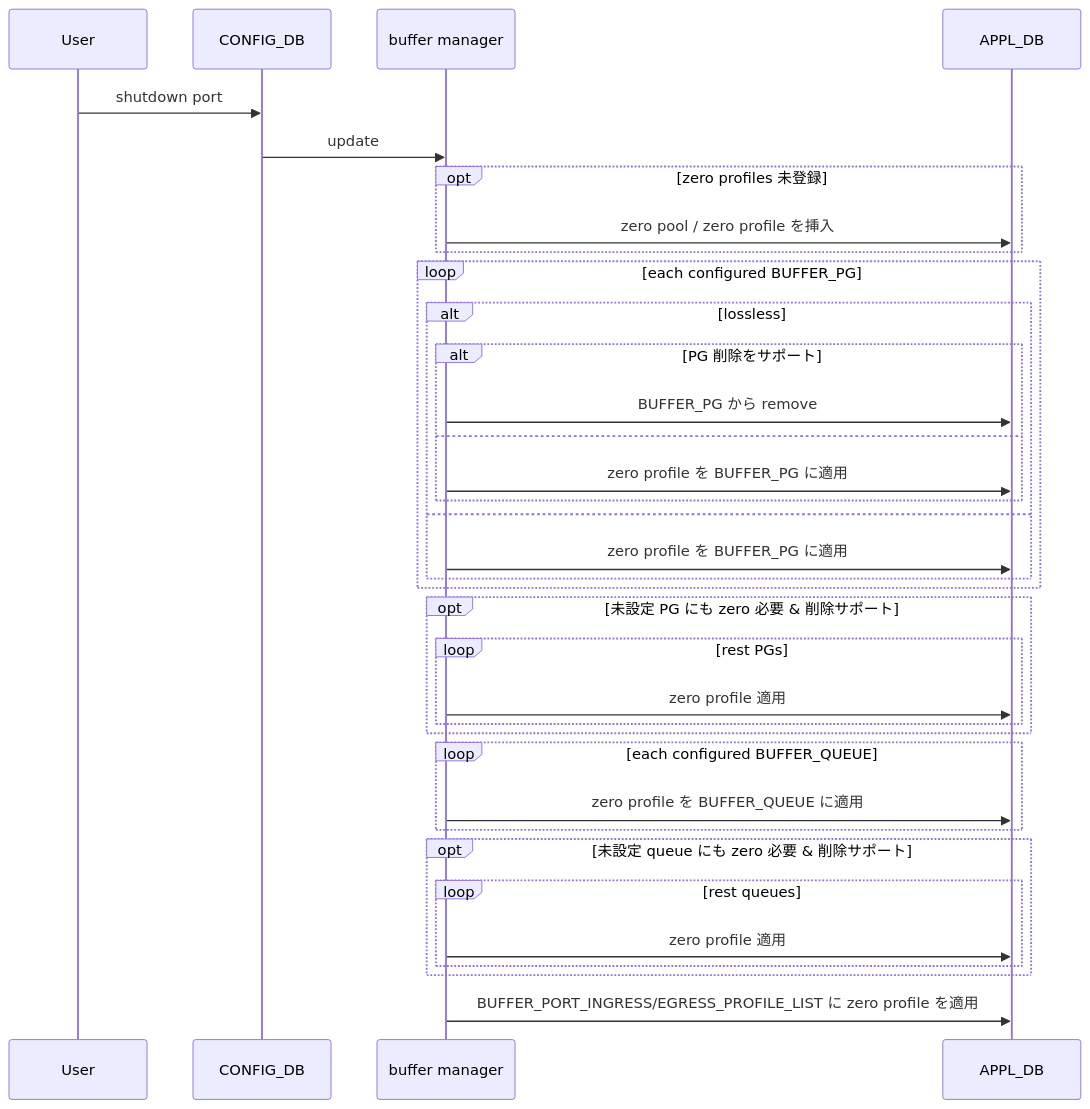
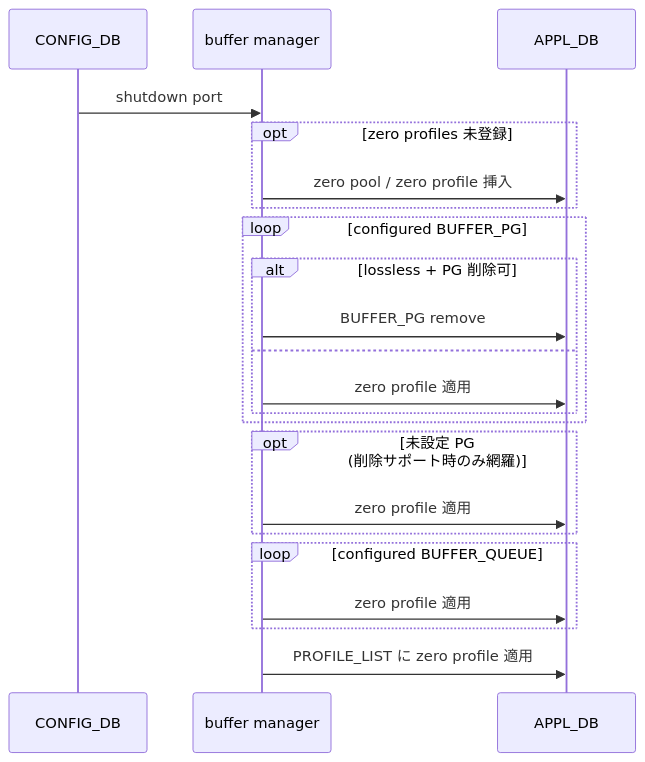
The fourth of 4 diagrams in docs/acl-qos/reclaim-reserved-buffer-sequence-flow.md (aoki-taquan/sonic-unofficial-docs), drawn with Mermaid before and after one commit. The commit also changed other lines of this file and 10 other files, not shown here.

````diff
--- a/docs/acl-qos/reclaim-reserved-buffer-sequence-flow.md
+++ b/docs/acl-qos/reclaim-reserved-buffer-sequence-flow.md
@@ -214,37 +120,24 @@
 ```mermaid
 sequenceDiagram
-    participant User
     participant CDB as CONFIG_DB
     participant BM as buffer manager
     participant ADB as APPL_DB
-    User->>CDB: shutdown port
-    CDB->>BM: update
+    CDB->>BM: shutdown port
     opt zero profiles 未登録
-        BM->>ADB: zero pool / zero profile を挿入
+        BM->>ADB: zero pool / zero profile 挿入
     end
-    loop each configured BUFFER_PG
-        alt lossless
-            alt PG 削除をサポート
-                BM->>ADB: BUFFER_PG から remove
-            else
-                BM->>ADB: zero profile を BUFFER_PG に適用
-            end
+    loop configured BUFFER_PG
+        alt lossless + PG 削除可
+            BM->>ADB: BUFFER_PG remove
         else
-            BM->>ADB: zero profile を BUFFER_PG に適用
-        end
-    end
-    opt 未設定 PG にも zero 必要 & 削除サポート
-        loop rest PGs
             BM->>ADB: zero profile 適用
         end
     end
-    loop each configured BUFFER_QUEUE
-        BM->>ADB: zero profile を BUFFER_QUEUE に適用
+    opt 未設定 PG (削除サポート時のみ網羅)
+        BM->>ADB: zero profile 適用
     end
-    opt 未設定 queue にも zero 必要 & 削除サポート
-        loop rest queues
-            BM->>ADB: zero profile 適用
-        end
+    loop configured BUFFER_QUEUE
+        BM->>ADB: zero profile 適用
     end
-    BM->>ADB: BUFFER_PORT_INGRESS/EGRESS_PROFILE_LIST に zero profile を適用
+    BM->>ADB: PROFILE_LIST に zero profile 適用
 ```
````
